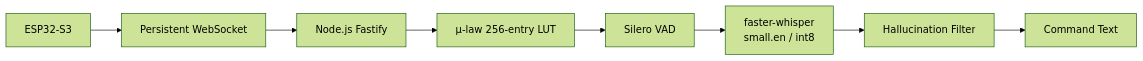
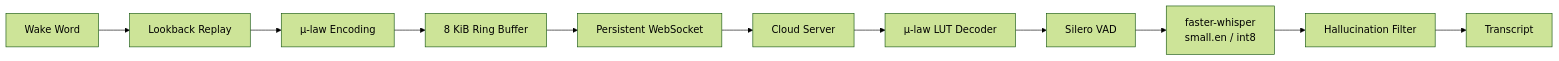
One commit to Raj24-dev/Kws changed the fifth of 8 diagrams in README.md. Above: the diagram before and after it, drawn with Mermaid (forest theme). The commit also changed other lines of this file, not shown here.

````diff
--- a/README.md
+++ b/README.md
@@ -831,20 +341,18 @@
 ```mermaid
 flowchart LR
 
-    A["ESP32-S3"]
-    B["Persistent WebSocket"]
-    C["Node.js Fastify"]
-    D["μ-law 256-entry LUT"]
-    E["Silero VAD"]
-    F["faster-whisper<br/>small.en / int8"]
-    G["Hallucination Filter"]
-    H["Command Text"]
+    A["Wake Word"]
+    B["Lookback Replay"]
+    C["μ-law Encoding"]
+    D["8 KiB Ring Buffer"]
+    E["Persistent WebSocket"]
+    F["Cloud Server"]
+    G["μ-law LUT Decoder"]
+    H["Silero VAD"]
+    I["faster-whisper<br/>small.en / int8"]
+    J["Hallucination Filter"]
+    K["Transcript"]
 
-    A --> B
-    B --> C
-    C --> D
-    D --> E
-    E --> F
-    F --> G
-    G --> H
+    A --> B --> C --> D --> E --> F
+    F --> G --> H --> I --> J --> K
 ```
````
